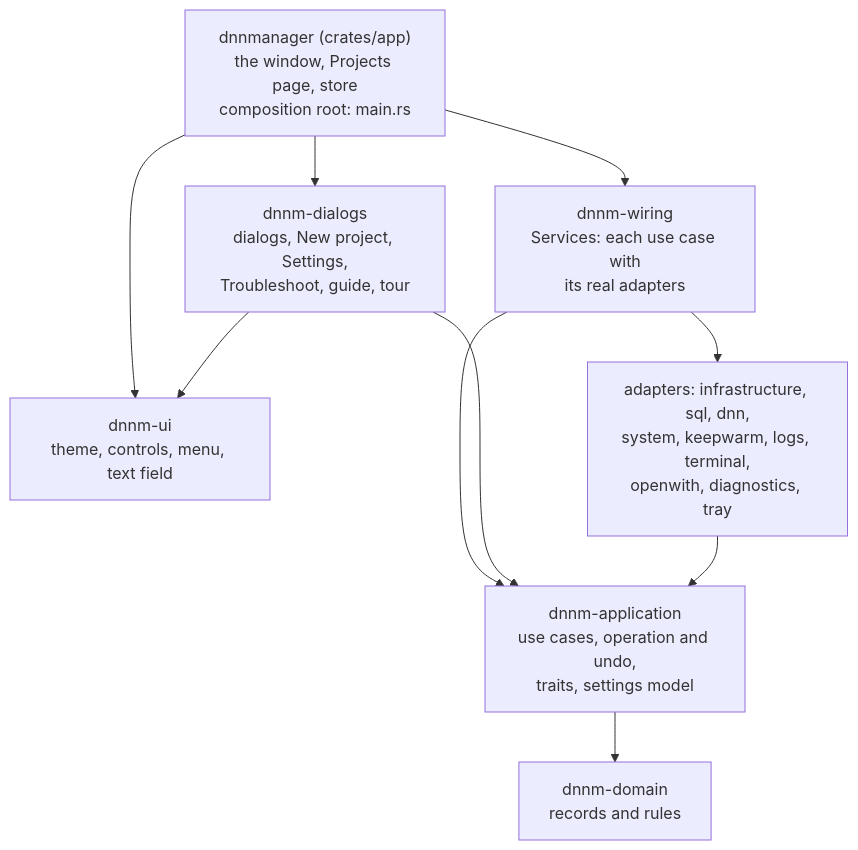
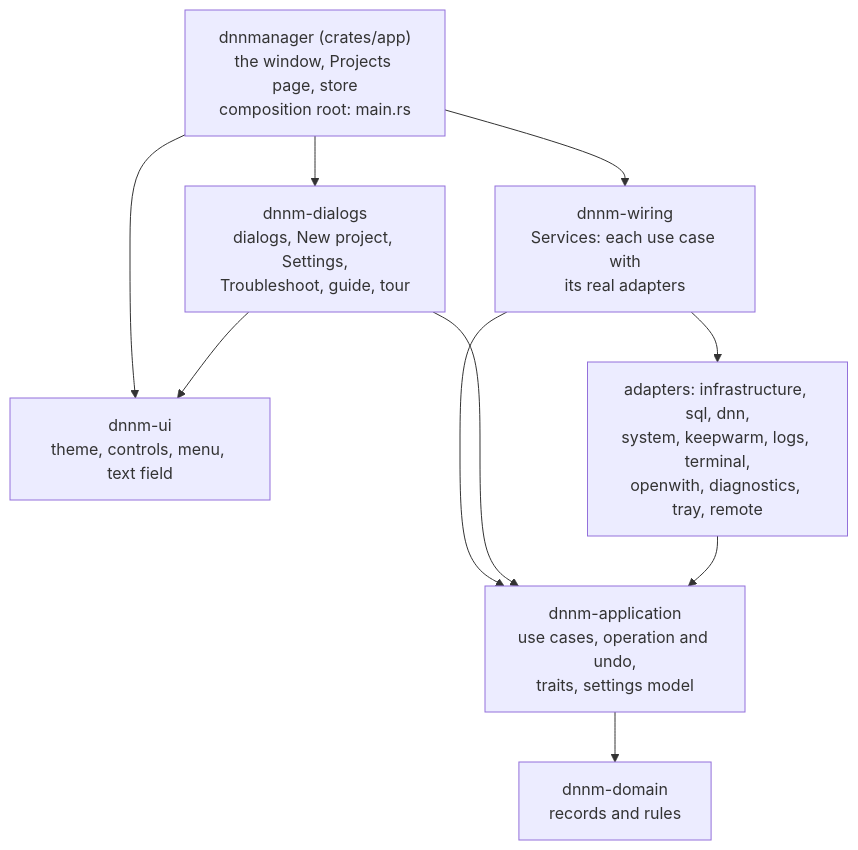
One commit to Albadit/DnnManager changed the first of 3 diagrams in .docs/architecture.md. Above: the diagram before and after it, drawn with Mermaid. The commit also changed other lines of this file and 47 other files, not shown here.

````diff
--- a/.docs/architecture.md
+++ b/.docs/architecture.md
@@ -10,19 +10,19 @@
 ```mermaid
 flowchart TD
     A["dnnmanager (crates/app)<br/>the window, Projects page, store<br/>composition root: main.rs"]
     W["dnnm-wiring<br/>Services: each use case with<br/>its real adapters"]
     G["dnnm-dialogs<br/>dialogs, New project, Settings,<br/>Troubleshoot, guide, tour"]
     U["dnnm-ui<br/>theme, controls, menu, text field"]
     B["dnnm-application<br/>use cases, operation and undo,<br/>traits, settings model"]
-    I["adapters: infrastructure, sql, dnn,<br/>system, keepwarm, logs, terminal,<br/>openwith, diagnostics, tray"]
+    I["adapters: infrastructure, sql, dnn,<br/>system, keepwarm, logs, terminal,<br/>openwith, diagnostics, tray, remote"]
     D["dnnm-domain<br/>records and rules"]
     A --> W
     A --> G
     A --> U
     G --> U
     W --> B
     W --> I
     G --> B
     I --> B
     B --> D
 ```
````
